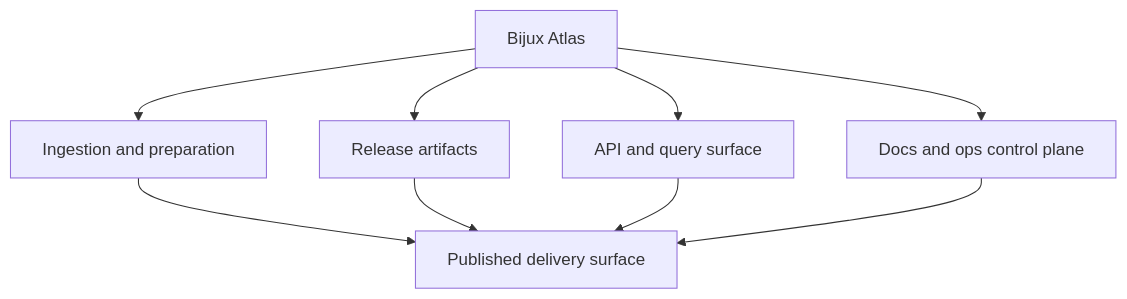
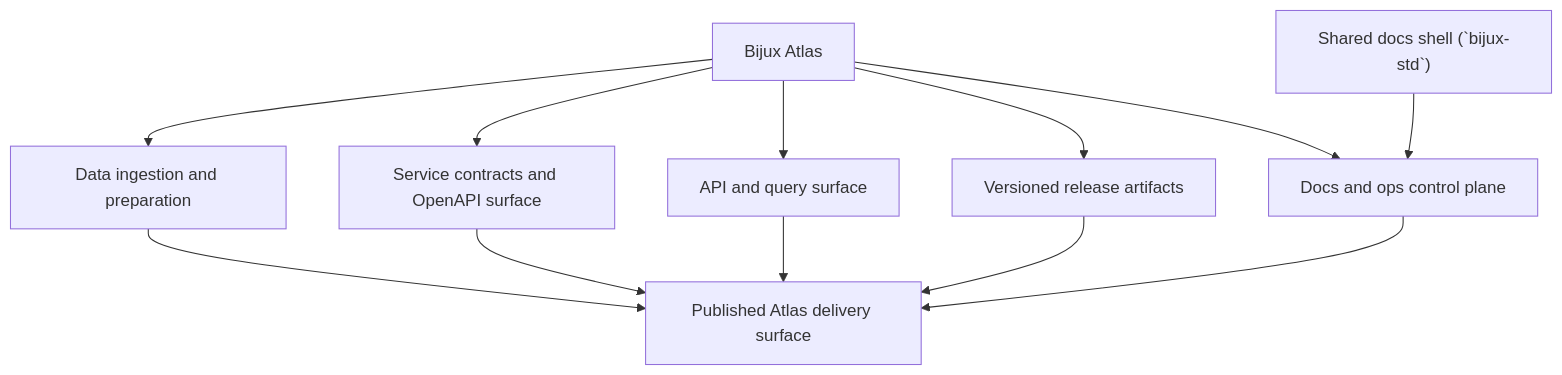
Before and after one commit to bijux/bijux.github.io: the diagram in docs/projects/bijux-atlas.md, drawn with Mermaid.

Commit message:
docs(atlas): make system map atlas-specific with standards shell support

````diff
--- a/docs/projects/bijux-atlas.md
+++ b/docs/projects/bijux-atlas.md
@@ -55,12 +55,15 @@
 ```mermaid
 graph TD
-    atlas["Bijux Atlas"] --> ingest["Ingestion and preparation"]
-    atlas --> artifacts["Release artifacts"]
-    atlas --> query["API and query surface"]
-    atlas --> control["Docs and ops control plane"]
+    std["Shared docs shell (`bijux-std`)"] --> control["Docs and ops control plane"]
+    atlas["Bijux Atlas"] --> ingestion["Data ingestion and preparation"]
+    atlas --> contracts["Service contracts and OpenAPI surface"]
+    atlas --> api["API and query surface"]
+    atlas --> artifacts["Versioned release artifacts"]
+    atlas --> control
 
-    ingest --> publish["Published delivery surface"]
+    ingestion --> publish["Published Atlas delivery surface"]
+    contracts --> publish
+    api --> publish
     artifacts --> publish
-    query --> publish
     control --> publish
 ```
````
